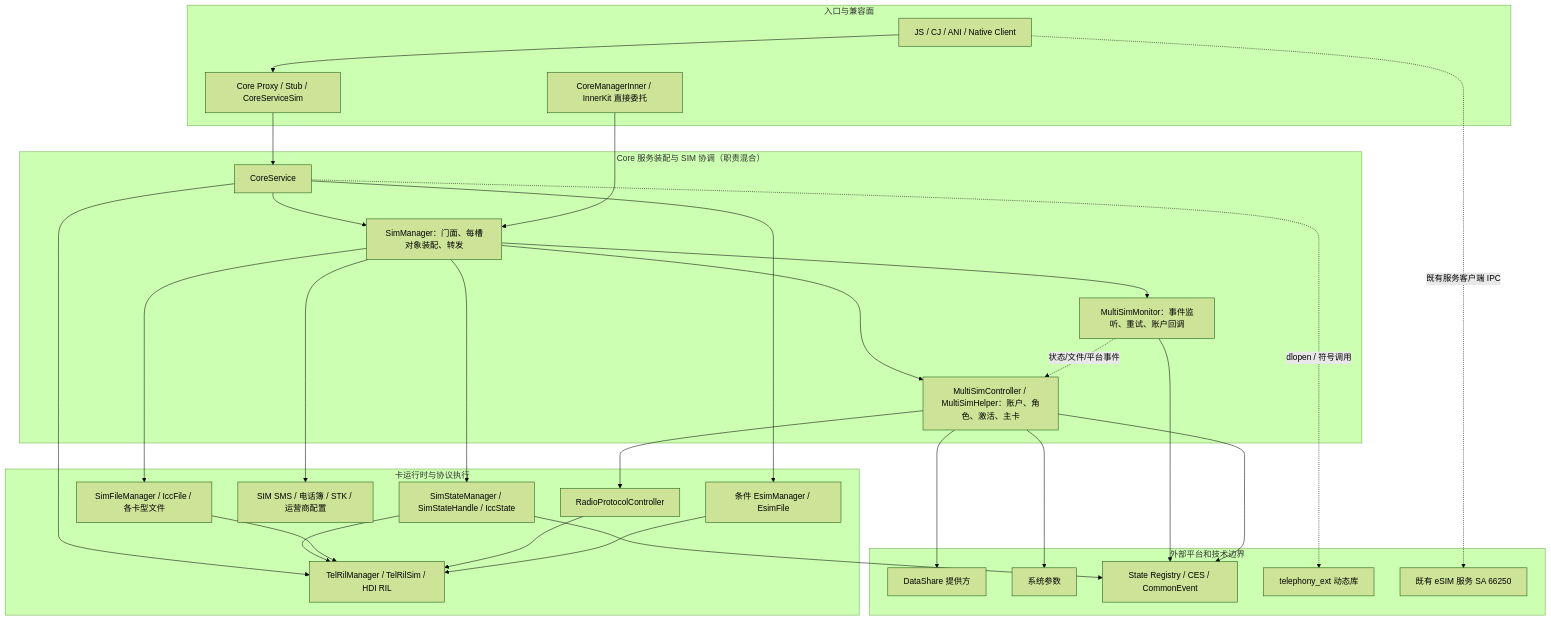
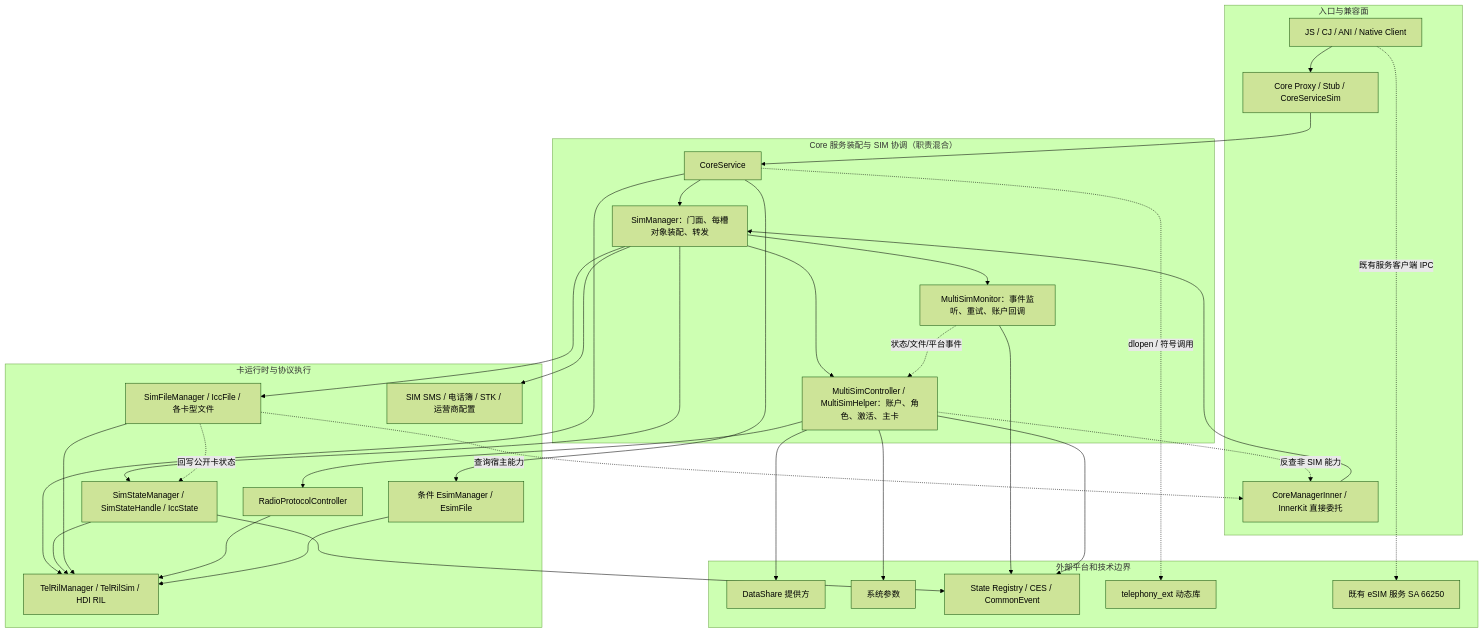
One commit to zjuluowu/multisim changed the third of 6 diagrams in telephony_core_service/docs/SIM_Architecture_Layering_and_Migration_Design.md. Above: the diagram before and after it, drawn with Mermaid (forest theme). The commit also changed other lines of this file and 2 other files, not shown here.

First line of the commit message:
docs(sim): align architecture layering and migration guidance

````diff
--- a/telephony_core_service/docs/SIM_Architecture_Layering_and_Migration_Design.md
+++ b/telephony_core_service/docs/SIM_Architecture_Layering_and_Migration_Design.md
@@ -295,57 +246,60 @@
 ```mermaid
 flowchart TB
     subgraph ENTRY["入口与兼容面"]
         FW["JS / CJ / ANI / Native Client"]
         IPC["Core Proxy / Stub / CoreServiceSim"]
         INNER["CoreManagerInner / InnerKit 直接委托"]
     end
 
     subgraph SERVICE["Core 服务装配与 SIM 协调（职责混合）"]
         CORE["CoreService"]
         SIM["SimManager：门面、每槽对象装配、转发"]
         MSC["MultiSimController / MultiSimHelper：账户、角色、激活、主卡"]
         MON["MultiSimMonitor：事件监听、重试、账户回调"]
     end
 
     subgraph RUNTIME["卡运行时与协议执行"]
         STATE["SimStateManager / SimStateHandle / IccState"]
         FILE["SimFileManager / IccFile / 各卡型文件"]
         SUPPORT["SIM SMS / 电话簿 / STK / 运营商配置"]
         EUICC["条件 EsimManager / EsimFile"]
         RPC["RadioProtocolController"]
         RIL["TelRilManager / TelRilSim / HDI RIL"]
     end
 
     subgraph PLATFORM["外部平台和技术边界"]
         STORE["DataShare 提供方"]
         PARAM["系统参数"]
         REG["State Registry / CES / CommonEvent"]
         EXT["telephony_ext 动态库"]
         ES["既有 eSIM 服务 SA 66250"]
     end
 
     FW --> IPC
     IPC --> CORE
     CORE --> SIM
     CORE --> RIL
     INNER --> SIM
     SIM --> STATE
     SIM --> FILE
     SIM --> MSC
     SIM --> MON
     SIM --> SUPPORT
     CORE --> EUICC
     MSC --> RPC
     MSC --> STORE
     MSC --> PARAM
     STATE --> RIL
     FILE --> RIL
     RPC --> RIL
     EUICC --> RIL
     MON -.状态/文件/平台事件.-> MSC
     STATE --> REG
     MON --> REG
     MSC --> REG
+    FILE -.回写公开卡状态.-> STATE
+    MSC -.反查非 SIM 能力.-> INNER
+    FILE -.查询宿主能力.-> INNER
     CORE -.dlopen / 符号调用.-> EXT
     FW -.既有服务客户端 IPC.-> ES
 ```
````
